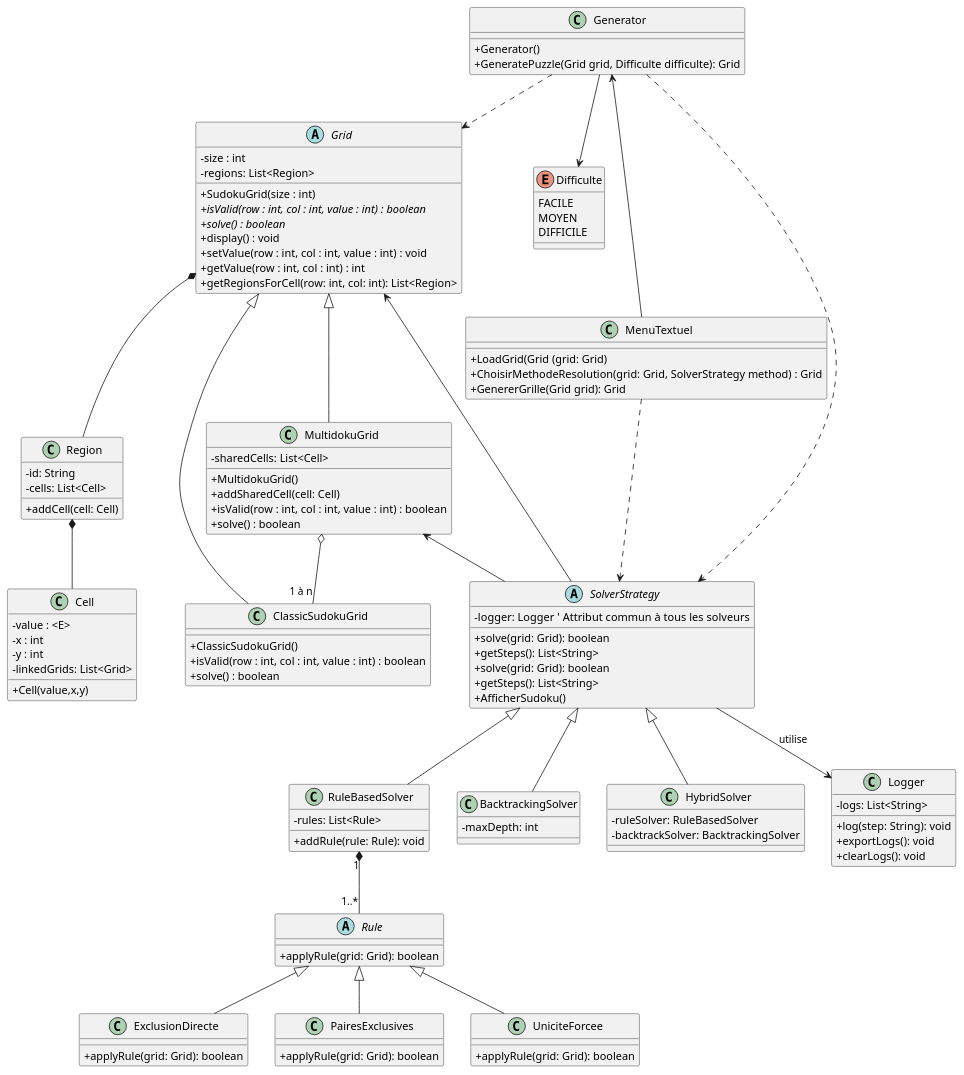
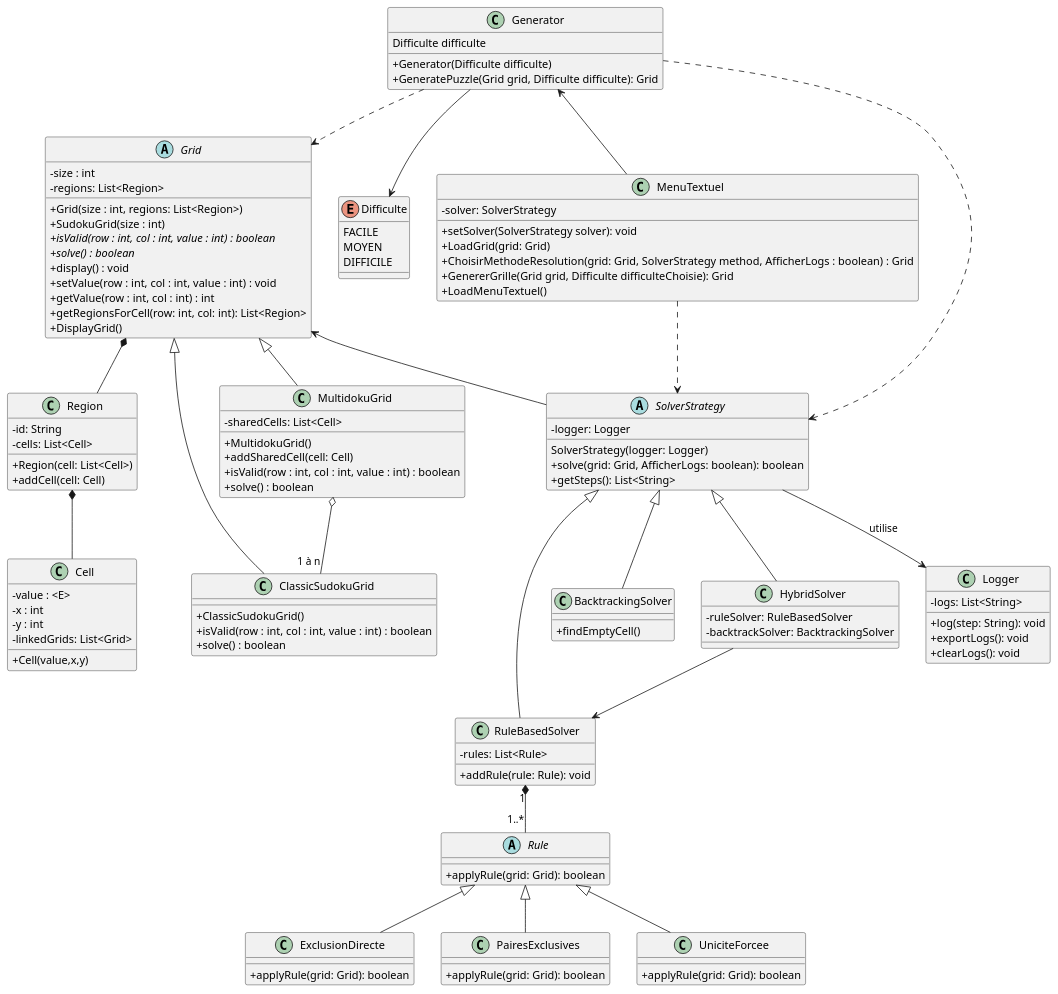
The diagram in ClassDiagram.puml (PolytechLyon/SudokuAPO), drawn with PlantUML before and after one commit.

Commit message:
diagramme classe

```diff
--- a/ClassDiagram.puml
+++ b/ClassDiagram.puml
@@ -1,136 +1,138 @@
 @startuml
 skinparam classAttributeIconSize 0
 'https://plantuml.com/class-diagram
 
 abstract class Grid{
     - size : int
     - regions: List<Region>
+    + Grid(size : int, regions: List<Region>)
     + SudokuGrid(size : int)
     + {abstract} isValid(row : int, col : int, value : int) : boolean
     + {abstract} solve() : boolean
     + display() : void
     + setValue(row : int, col : int, value : int) : void
     + getValue(row : int, col : int) : int
     + getRegionsForCell(row: int, col: int): List<Region>
+    + DisplayGrid()
 }
 
 class Region {
     - id: String
     - cells: List<Cell>
+    +Region(cell: List<Cell>)
     + addCell(cell: Cell)
 }
 
 class Cell {
     -value : <E>
     -x : int
     -y : int
     - linkedGrids: List<Grid>
     +Cell(value,x,y)
 }
 
 class ClassicSudokuGrid{
     + ClassicSudokuGrid()
     + isValid(row : int, col : int, value : int) : boolean
     + solve() : boolean
 }
 
 class MultidokuGrid{
     - sharedCells: List<Cell>
     + MultidokuGrid()
     + addSharedCell(cell: Cell)
     + isValid(row : int, col : int, value : int) : boolean
     + solve() : boolean
 }
 
 abstract class Rule {
     + applyRule(grid: Grid): boolean
 }
 class ExclusionDirecte extends Rule {
     + applyRule(grid: Grid): boolean
 }
 class PairesExclusives extends Rule {
     + applyRule(grid: Grid): boolean
 }
 class UniciteForcee extends Rule {
     + applyRule(grid: Grid): boolean
 }
 
 enum Difficulte{
     FACILE
     MOYEN
     DIFFICILE
 }
 
 Generator --> Difficulte
 
 class Generator {
-    + Generator()
+    Difficulte difficulte
+    + Generator(Difficulte difficulte)
     +GeneratePuzzle(Grid grid, Difficulte difficulte): Grid
 }
 Generator ..> Grid
 
 class MenuTextuel {
-    +LoadGrid(Grid (grid: Grid)
-    +ChoisirMethodeResolution(grid: Grid, SolverStrategy method) : Grid
-    +GenererGrille(Grid grid): Grid
+    - solver: SolverStrategy
+    + setSolver(SolverStrategy solver): void
+    +LoadGrid(grid: Grid)
+    +ChoisirMethodeResolution(grid: Grid, SolverStrategy method, AfficherLogs : boolean) : Grid
+    +GenererGrille(Grid grid, Difficulte difficulteChoisie): Grid
+    +LoadMenuTextuel()
 }
 
 MenuTextuel ..> SolverStrategy
-
-abstract class SolverStrategy {
-    + solve(grid: Grid): boolean
-    + getSteps(): List<String>
-}
 
 class RuleBasedSolver {
     - rules: List<Rule>
     + addRule(rule: Rule): void
 }
 
 class BacktrackingSolver {
-    - maxDepth: int
+    +findEmptyCell()
 }
 
 class HybridSolver {
     - ruleSolver: RuleBasedSolver
     - backtrackSolver: BacktrackingSolver
 }
 
 class Logger {
     - logs: List<String>
     + log(step: String): void
     + exportLogs(): void
     + clearLogs(): void
 }
 
 abstract class SolverStrategy {
-    - logger: Logger  ' Attribut commun à tous les solveurs
-    + solve(grid: Grid): boolean
+    - logger: Logger
+    SolverStrategy(logger: Logger)
+    + solve(grid: Grid, AfficherLogs: boolean): boolean
     + getSteps(): List<String>
-    + AfficherSudoku()
 }
 
 SolverStrategy --> Logger : utilise
 
 Generator<--MenuTextuel
 
 Grid <|-- MultidokuGrid
 Grid <|-- ClassicSudokuGrid
 Grid *-- Region
 Grid <-- SolverStrategy
 
 Generator ..> SolverStrategy
 
-MultidokuGrid <-- SolverStrategy
 MultidokuGrid o-- "1 à n" ClassicSudokuGrid
 
 Region *-- Cell
 
 SolverStrategy <|-- RuleBasedSolver
 SolverStrategy <|-- HybridSolver
 SolverStrategy <|-- BacktrackingSolver
 RuleBasedSolver "1" *-- "1..*" Rule
+HybridSolver --> RuleBasedSolver
 
 
 
 @enduml
```
